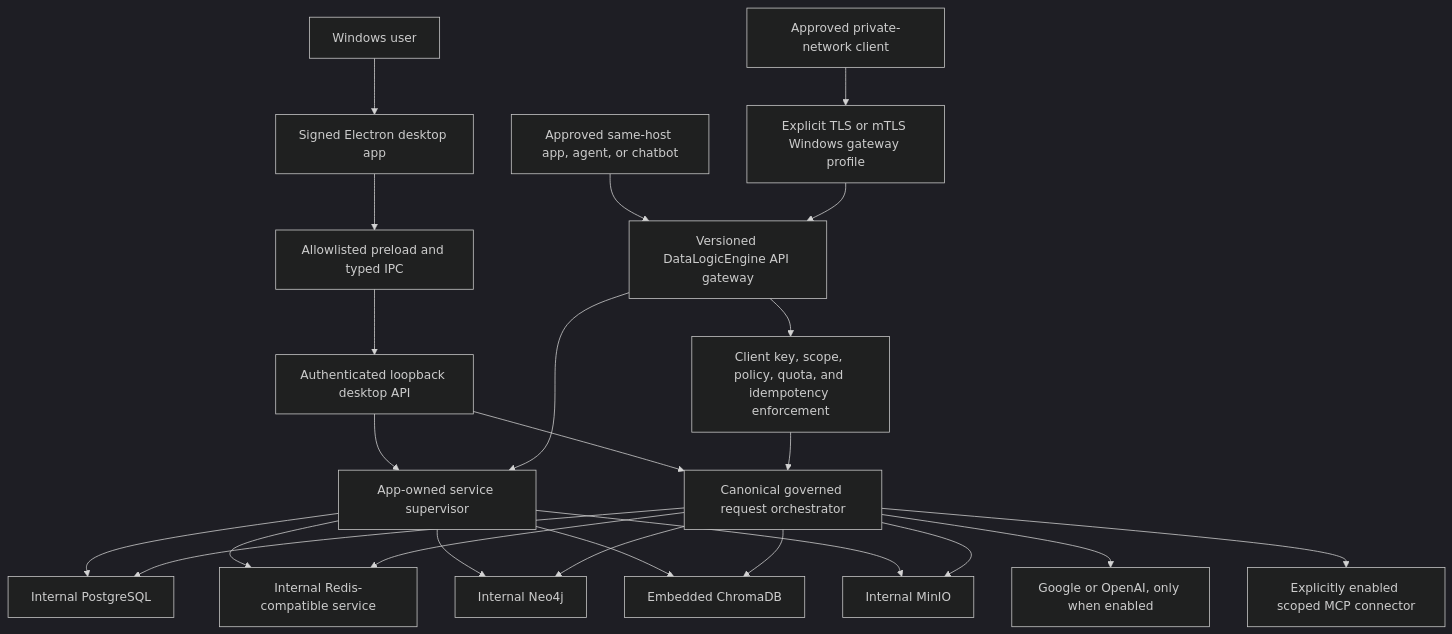
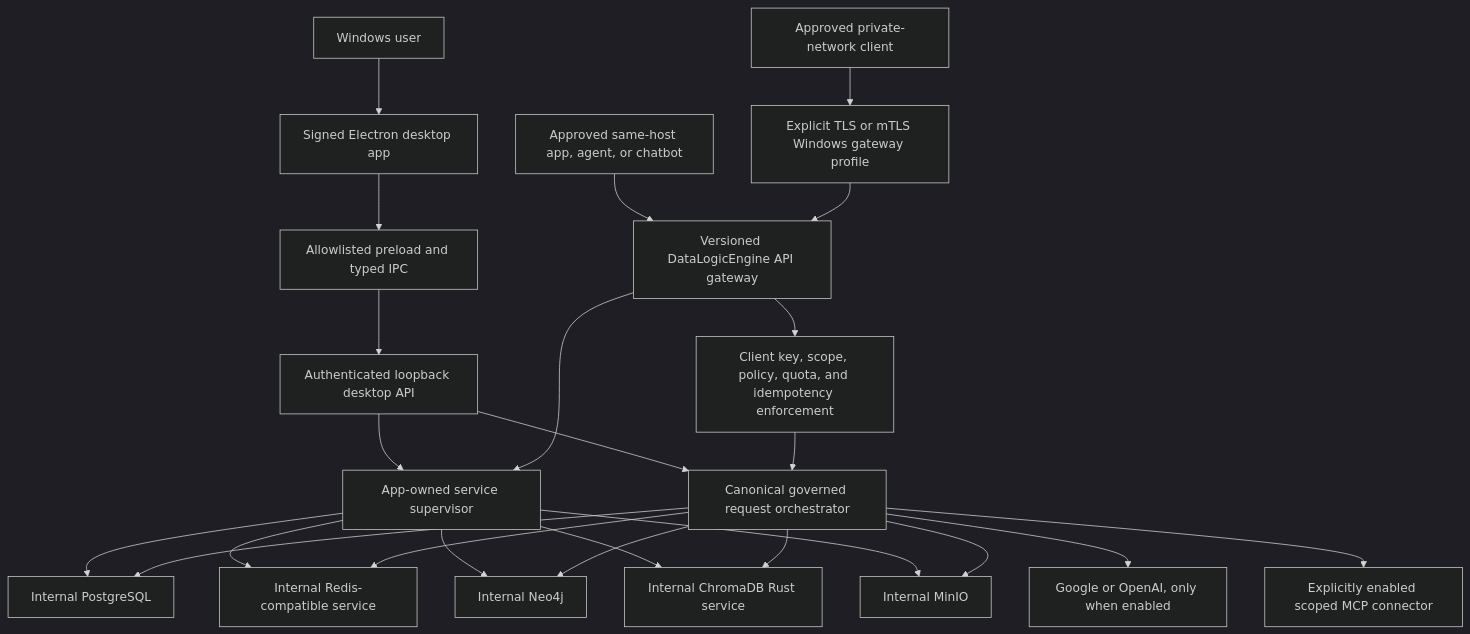
The diagram in PRODUCTION_COMPLETION_PLAN_2026.md (kherrera6219/DataLogicEngine), drawn with Mermaid (dark theme) before and after one commit. The commit also changed other lines of this file and 25 other files, not shown here.

````diff
--- a/PRODUCTION_COMPLETION_PLAN_2026.md
+++ b/PRODUCTION_COMPLETION_PLAN_2026.md
@@ -299,30 +308,30 @@
 ```mermaid
 flowchart TD
     User["Windows user"] --> Electron["Signed Electron desktop app"]
     Electron --> Preload["Allowlisted preload and typed IPC"]
     Preload --> DesktopAPI["Authenticated loopback desktop API"]
 
     LocalClient["Approved same-host app, agent, or chatbot"] --> Gateway["Versioned DataLogicEngine API gateway"]
     PrivateClient["Approved private-network client"] --> PrivateListener["Explicit TLS or mTLS Windows gateway profile"]
     PrivateListener --> Gateway
     Gateway --> ClientPolicy["Client key, scope, policy, quota, and idempotency enforcement"]
 
     DesktopAPI --> Orchestrator["Canonical governed request orchestrator"]
     ClientPolicy --> Orchestrator
     DesktopAPI --> Services["App-owned service supervisor"]
     Gateway --> Services
 
     Services --> PG["Internal PostgreSQL"]
     Services --> Redis["Internal Redis-compatible service"]
     Services --> Neo4j["Internal Neo4j"]
-    Services --> Chroma["Embedded ChromaDB"]
+    Services --> Chroma["Internal ChromaDB Rust service"]
     Services --> MinIO["Internal MinIO"]
 
     Orchestrator --> PG
     Orchestrator --> Redis
     Orchestrator --> Neo4j
     Orchestrator --> Chroma
     Orchestrator --> MinIO
     Orchestrator --> Provider["Google or OpenAI, only when enabled"]
     Orchestrator --> MCP["Explicitly enabled scoped MCP connector"]
 ```
````
